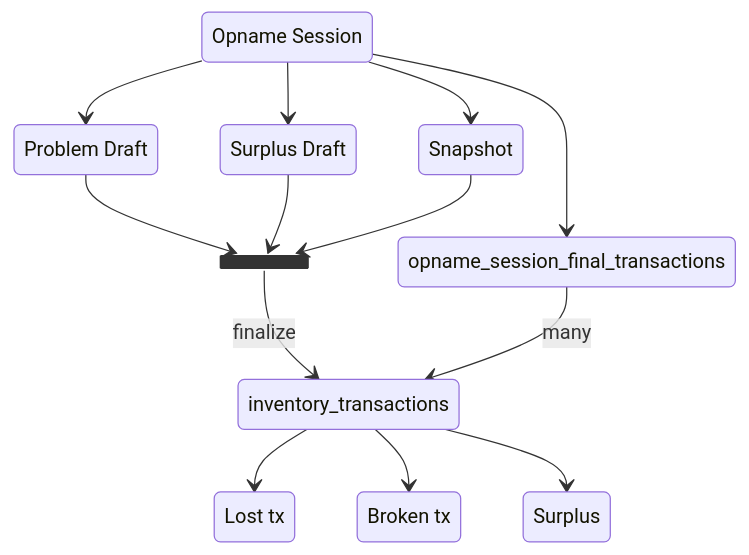
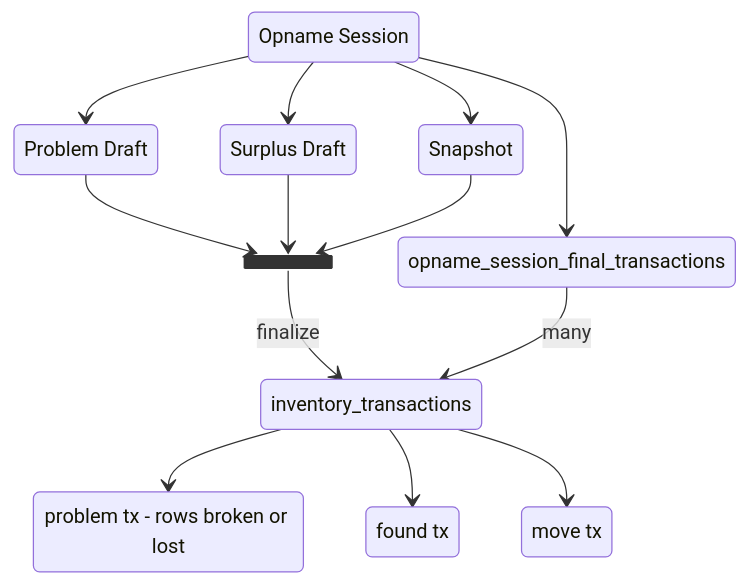
One commit to pdcgo/warehouse_revamp changed the first of 4 diagrams in docs/business/inventory/opname.md. Above: the diagram before and after it, drawn with Mermaid. The commit also changed other lines of this file and 14 other files, not shown here.

````diff
--- a/docs/business/inventory/opname.md
+++ b/docs/business/inventory/opname.md
@@ -136,30 +137,30 @@
 ```mermaid
 stateDiagram-v2
 state "Opname Session" as sess
 state "opname_session_final_transactions" as stx
 state "inventory_transactions" as tx
-state "Lost tx" as lost
-state "Broken tx" as broken
-state "Surplus" as surplus
+state "problem tx - rows broken or lost" as problem
+state "found tx" as found
+state "move tx" as move
 state "Problem Draft" as prob
 state "Surplus Draft" as surdraft
 state "Snapshot" as snap
 state join_fin <<join>>
 
 sess-->stx
 sess-->prob
 sess-->surdraft
 sess-->snap
 
 prob-->join_fin
 surdraft-->join_fin
 snap-->join_fin
 
 join_fin-->tx: finalize
 
 stx-->tx: many
-tx-->lost
-tx-->broken
-tx-->surplus
+tx-->problem
+tx-->found
+tx-->move
 
 ```
````
